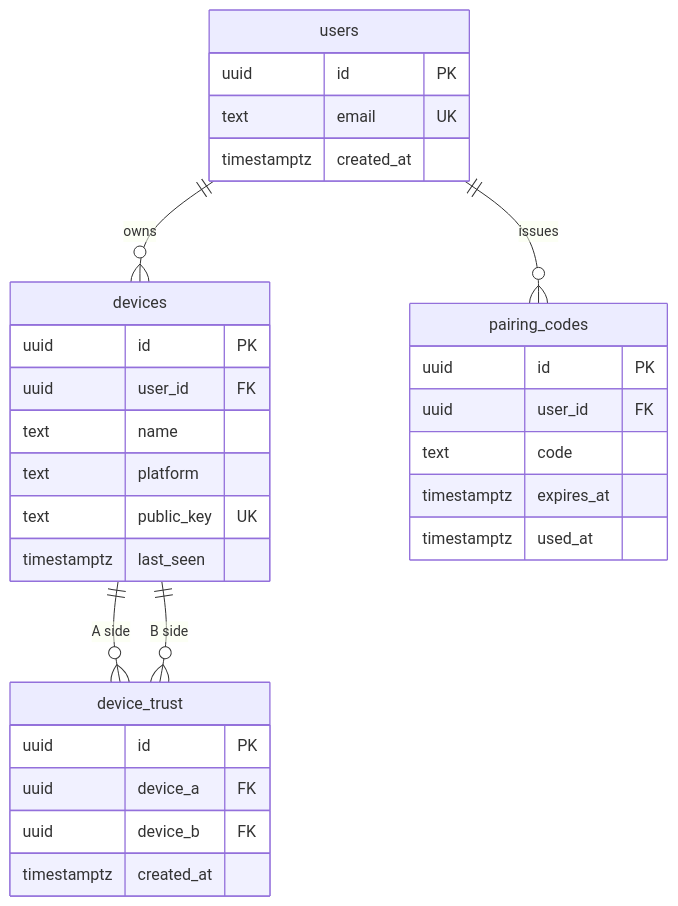
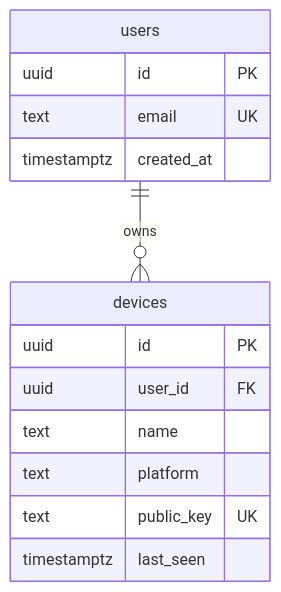
The diagram in docs/schema.md (mrstrange1708/FuseOS), drawn with Mermaid before and after one commit. The commit also changed other lines of this file and 11 other files, not shown here.

First line of the commit message:
docs: trust is the account, not a pairing code

````diff
--- a/docs/schema.md
+++ b/docs/schema.md
@@ -13,34 +13,18 @@
 ```mermaid
 erDiagram
     users ||--o{ devices : owns
-    users ||--o{ pairing_codes : issues
-    devices ||--o{ device_trust : "A side"
-    devices ||--o{ device_trust : "B side"
 
     users {
         uuid id PK
         text email UK
         timestamptz created_at
     }
     devices {
         uuid id PK
         uuid user_id FK
         text name
         text platform
         text public_key UK
         timestamptz last_seen
     }
-    pairing_codes {
-        uuid id PK
-        uuid user_id FK
-        text code
-        timestamptz expires_at
-        timestamptz used_at
-    }
-    device_trust {
-        uuid id PK
-        uuid device_a FK
-        uuid device_b FK
-        timestamptz created_at
-    }
 ```
````
